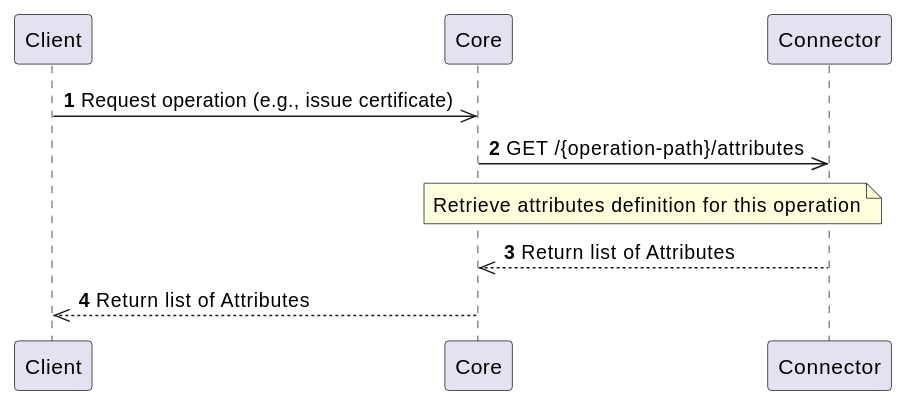
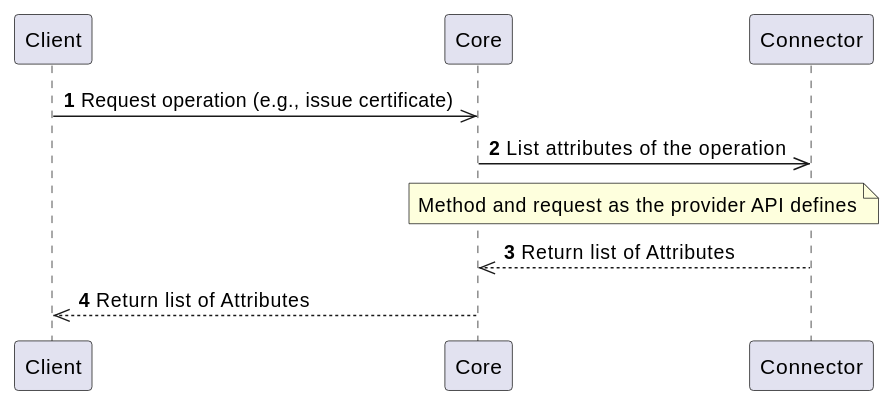
The first of 4 diagrams in docs/certificate-key/connectors/common-interfaces/attributes-interface.md (OmniTrustILM/documentation), drawn with PlantUML before and after one commit. The commit also changed other lines of this file and 75 other files, not shown here.

````diff
--- a/docs/certificate-key/connectors/common-interfaces/attributes-interface.md
+++ b/docs/certificate-key/connectors/common-interfaces/attributes-interface.md
@@ -68,11 +64,11 @@
 ```plantuml
     @startuml
     autonumber
     skinparam topurl /api/
         Client->>Core: Request operation (e.g., issue certificate)
-        Core->>Connector: GET /{operation-path}/attributes
-        Note over Core,Connector: Retrieve attributes definition for this operation
+        Core->>Connector: List attributes of the operation
+        Note over Core,Connector: Method and request as the provider API defines
         Connector-->>Core: Return list of Attributes
         Core-->>Client: Return list of Attributes
     @enduml
 ```
````
